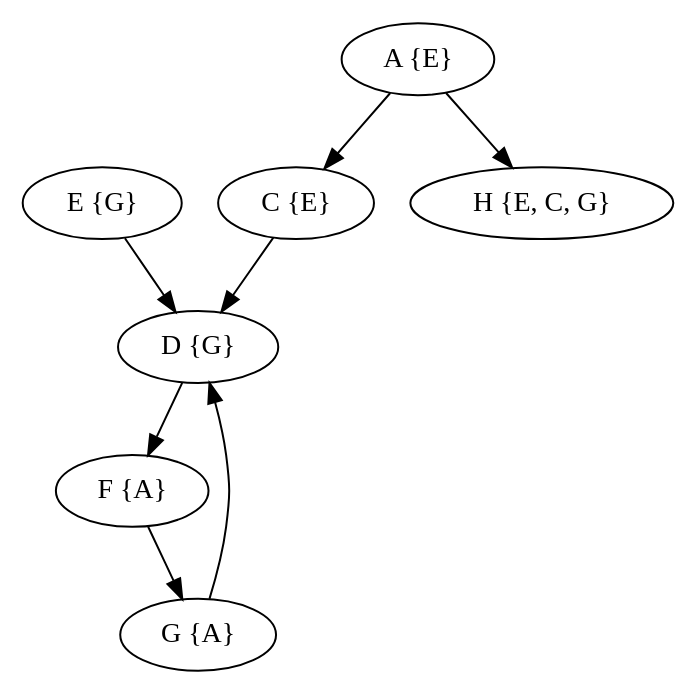
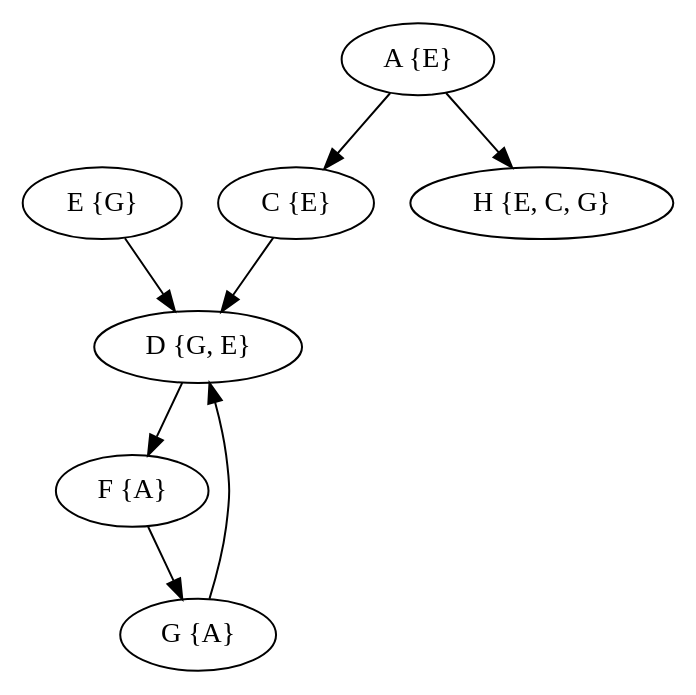
The diagram in output/grafo.dot (GiovA07/Pointer_Analysis), drawn with Graphviz before and after one commit. The commit also changed 3 other files, not shown here.

```diff
--- a/output/grafo.dot
+++ b/output/grafo.dot
@@ -1,19 +1,19 @@
 digraph{
 
 rankdir=TB;
 
-D [label="D {G}"];
+D [label="D {G, E}"];
 F [label="F {A}"];
 A [label="A {E}"];
 G [label="G {A}"];
 E [label="E {G}"];
 C [label="C {E}"];
 H [label="H {E, C, G}"];
 D -> F;
 F -> G;
 A -> C;
 A -> H;
 G -> D;
 E -> D;
 C -> D;
 }
```
